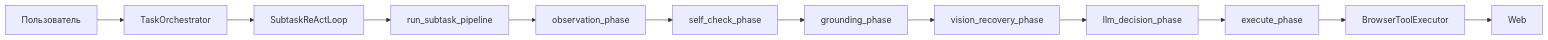
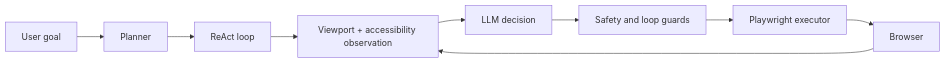
The diagram in README.md (pelehatyjvadim0/SyncJarvis), drawn with Mermaid before and after one commit. The commit also changed other lines of this file and 6 other files, not shown here.

````diff
--- a/README.md
+++ b/README.md
@@ -61,14 +24,11 @@
 ```mermaid
 flowchart LR
-  U[Пользователь] --> OR[TaskOrchestrator]
-  OR --> RL[SubtaskReActLoop]
-  RL --> PL[run_subtask_pipeline]
-  PL --> O[observation_phase]
-  O --> S[self_check_phase]
-  S --> G[grounding_phase]
-  G --> V[vision_recovery_phase]
-  V --> M[llm_decision_phase]
-  M --> X[execute_phase]
-  X --> PW[BrowserToolExecutor]
-  PW --> W[Web]
+    U[User goal] --> P[Planner]
+    P --> R[ReAct loop]
+    R --> O[Viewport + accessibility observation]
+    O --> D[LLM decision]
+    D --> G[Safety and loop guards]
+    G --> E[Playwright executor]
+    E --> W[Browser]
+    W --> O
 ```
````
